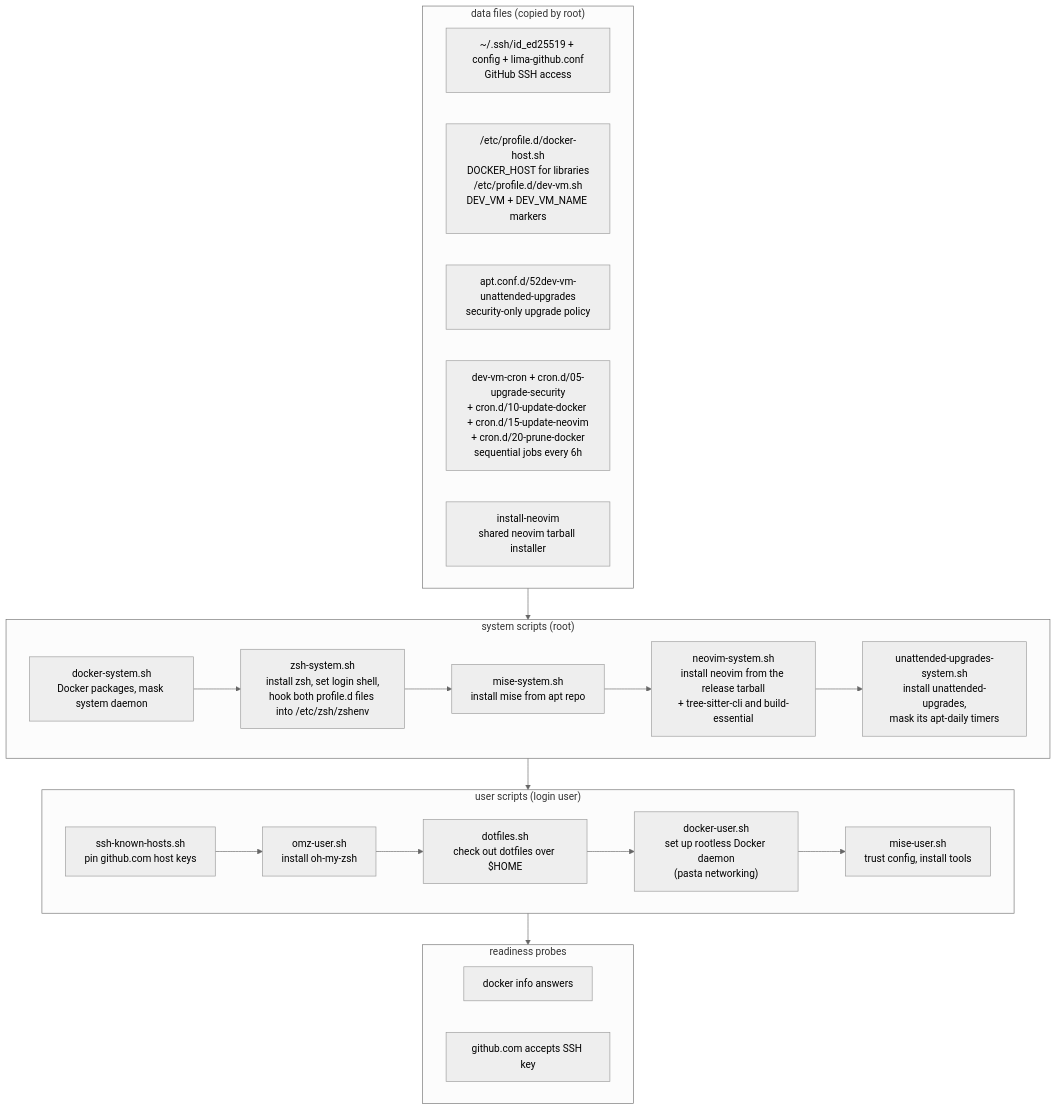
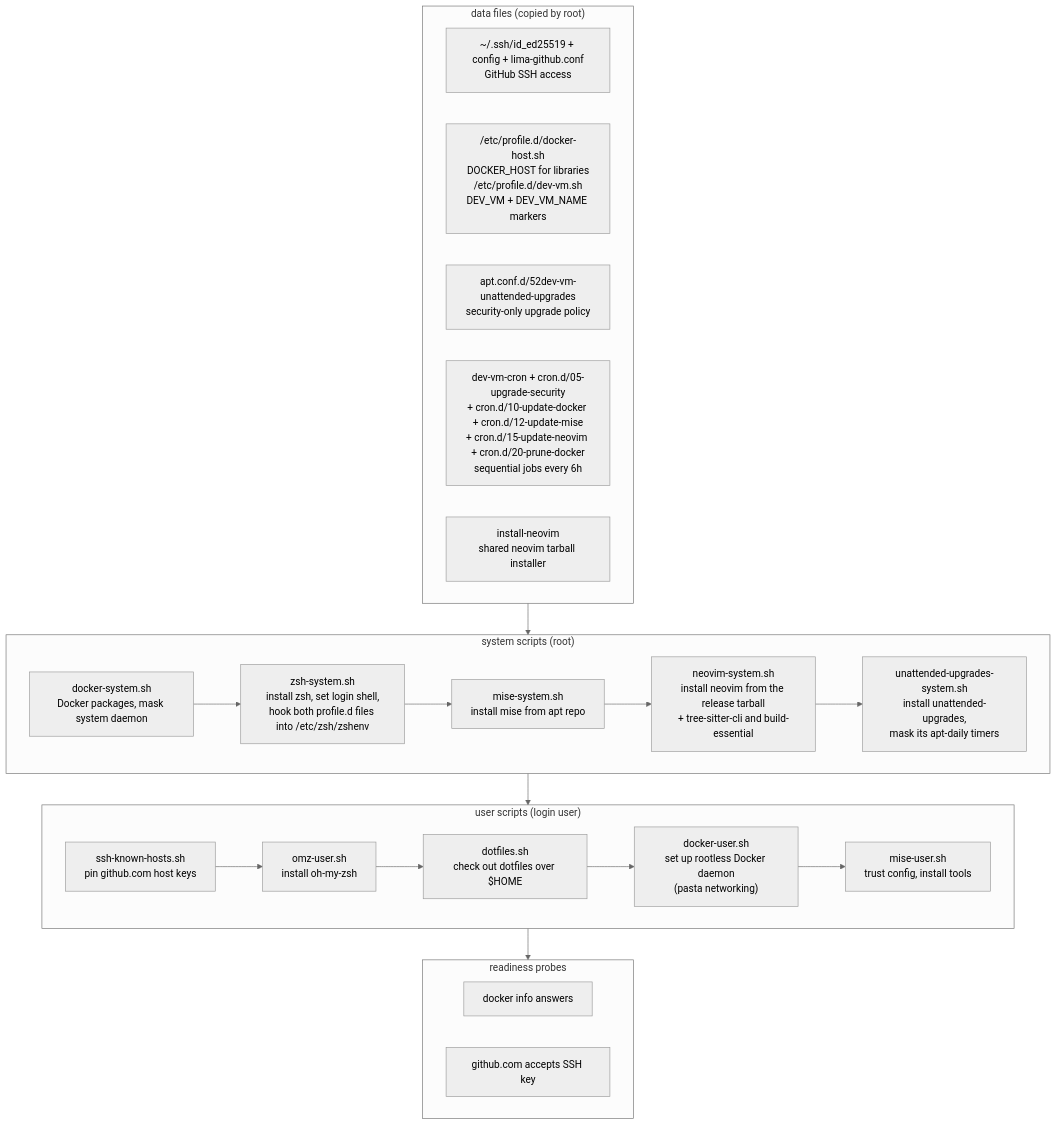
The diagram in README.md (robsonpeixoto/dev-vm), drawn with Mermaid (neutral theme) before and after one commit. The commit also changed other lines of this file and 3 other files, not shown here.

First line of the commit message:
feat: add cron job to upgrade mise

````diff
--- a/README.md
+++ b/README.md
@@ -450,37 +454,37 @@
 ```mermaid
 flowchart TD
     subgraph data["data files (copied by root)"]
         d1["~/.ssh/id_ed25519 + config + lima-github.conf<br>GitHub SSH access"]
         d2["/etc/profile.d/docker-host.sh<br>DOCKER_HOST for libraries<br>/etc/profile.d/dev-vm.sh<br>DEV_VM + DEV_VM_NAME markers"]
         d3["apt.conf.d/52dev-vm-unattended-upgrades<br>security-only upgrade policy"]
-        d4["dev-vm-cron + cron.d/05-upgrade-security<br>+ cron.d/10-update-docker + cron.d/15-update-neovim<br>+ cron.d/20-prune-docker<br>sequential jobs every 6h"]
+        d4["dev-vm-cron + cron.d/05-upgrade-security<br>+ cron.d/10-update-docker + cron.d/12-update-mise<br>+ cron.d/15-update-neovim + cron.d/20-prune-docker<br>sequential jobs every 6h"]
         d5["install-neovim<br>shared neovim tarball installer"]
     end
 
     subgraph system["system scripts (root)"]
         s1["docker-system.sh<br>Docker packages, mask system daemon"]
         s2["zsh-system.sh<br>install zsh, set login shell,<br>hook both profile.d files into /etc/zsh/zshenv"]
         s3["mise-system.sh<br>install mise from apt repo"]
         s4["neovim-system.sh<br>install neovim from the release tarball<br>+ tree-sitter-cli and build-essential"]
         s5["unattended-upgrades-system.sh<br>install unattended-upgrades,<br>mask its apt-daily timers"]
     end
 
     subgraph user["user scripts (login user)"]
         u1["ssh-known-hosts.sh<br>pin github.com host keys"]
         u2["omz-user.sh<br>install oh-my-zsh"]
         u3["dotfiles.sh<br>check out dotfiles over $HOME"]
         u4["docker-user.sh<br>set up rootless Docker daemon<br>(pasta networking)"]
         u5["mise-user.sh<br>trust config, install tools"]
     end
 
     subgraph probes["readiness probes"]
         p1["docker info answers"]
         p2["github.com accepts SSH key"]
     end
 
     data --> system
     s1 --> s2 --> s3 --> s4 --> s5
     system --> user
     u1 --> u2 --> u3 --> u4 --> u5
     user --> probes
 ```
````
